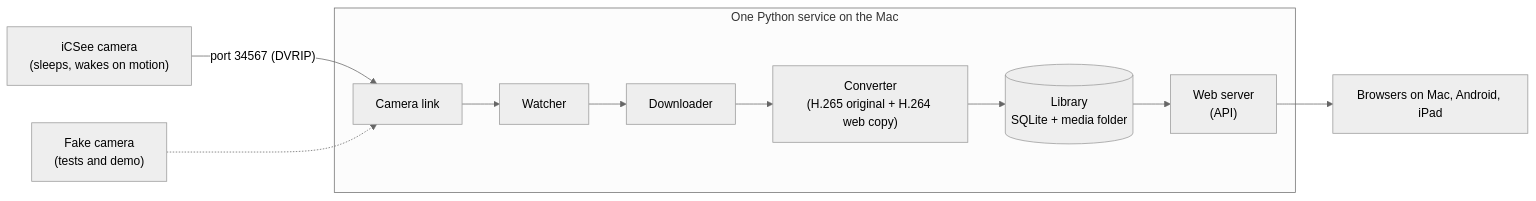
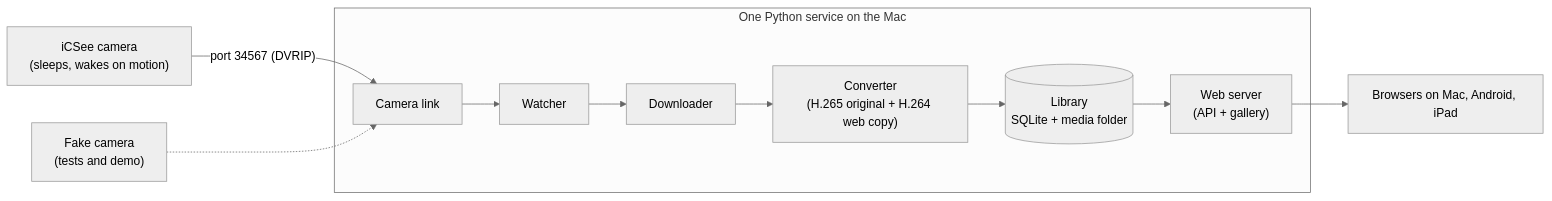
One commit to ksycz/who-ate-the-fat-ball changed the diagram in README.md. Above: the diagram before and after it, drawn with Mermaid (neutral theme). The commit also changed other lines of this file and 5 other files, not shown here.

````diff
--- a/README.md
+++ b/README.md
@@ -66,17 +81,17 @@
 ```mermaid
 flowchart LR
     cam["iCSee camera<br/>(sleeps, wakes on motion)"]
     fake["Fake camera<br/>(tests and demo)"]
     subgraph svc["One Python service on the Mac"]
         link["Camera link"]
         watch["Watcher"]
         down["Downloader"]
         conv["Converter<br/>(H.265 original + H.264 web copy)"]
         lib[("Library<br/>SQLite + media folder")]
-        api["Web server<br/>(API)"]
+        api["Web server<br/>(API + gallery)"]
         link --> watch --> down --> conv --> lib --> api
     end
     cam -- "port 34567 (DVRIP)" --> link
     fake -.-> link
     api --> browsers["Browsers on Mac, Android, iPad"]
 ```
````
